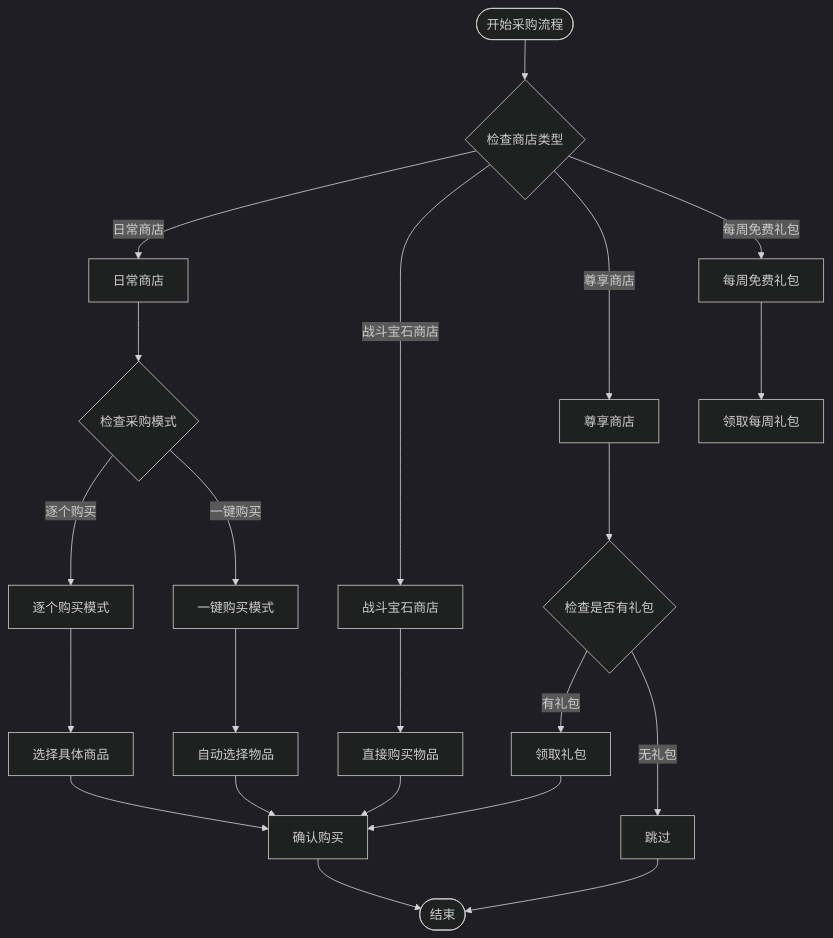
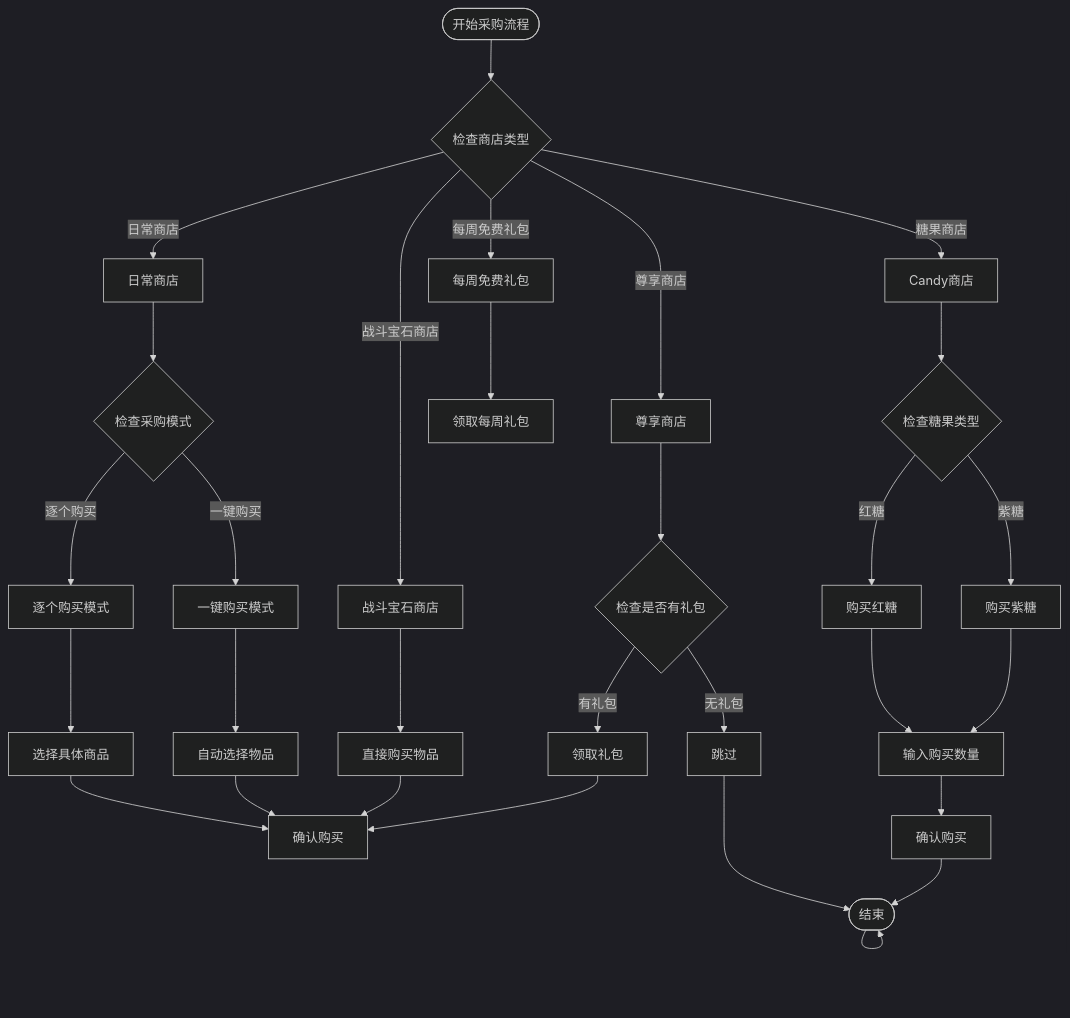
The sixth of 9 diagrams in .qoder/repowiki/zh/content/Daily Purchase Functionality.md (kqcoxn/MaaDuDuL), drawn with Mermaid (dark theme) before and after one commit. The commit also changed other lines of this file and 9 other files, not shown here.

````diff
--- a/.qoder/repowiki/zh/content/Daily Purchase Functionality.md
+++ b/.qoder/repowiki/zh/content/Daily Purchase Functionality.md
@@ -234,24 +294,32 @@
 ```mermaid
 flowchart TD
 Start([开始采购流程]) --> CheckStore{检查商店类型}
 CheckStore --> |日常商店| DailyStore[日常商店]
 CheckStore --> |战斗宝石商店| GemStore[战斗宝石商店]
 CheckStore --> |尊享商店| PremiumStore[尊享商店]
 CheckStore --> |每周免费礼包| WeeklyGift[每周免费礼包]
+CheckStore --> |糖果商店| CandyStore[Candy商店]
 DailyStore --> CheckMode{检查采购模式}
 CheckMode --> |逐个购买| IndividualBuy[逐个购买模式]
 CheckMode --> |一键购买| BulkBuy[一键购买模式]
 IndividualBuy --> SelectItem[选择具体商品]
 SelectItem --> ConfirmPurchase[确认购买]
 GemStore --> BuyItems[直接购买物品]
 PremiumStore --> CheckGift{检查是否有礼包}
 CheckGift --> |有礼包| ClaimGift[领取礼包]
 CheckGift --> |无礼包| SkipGift[跳过]
 WeeklyGift --> ClaimWeekly[领取每周礼包]
 BulkBuy --> AutoSelect[自动选择物品]
 AutoSelect --> ConfirmPurchase
 BuyItems --> ConfirmPurchase
 ClaimGift --> ConfirmPurchase
 SkipGift --> End([结束])
-ConfirmPurchase --> End
+CandyStore --> CheckCandyType{检查糖果类型}
+CheckCandyType --> |红糖| RedCandy[购买红糖]
+CheckCandyType --> |紫糖| PurpleCandy[购买紫糖]
+RedCandy --> InputCount[输入购买数量]
+InputCount --> ConfirmCandy[确认购买]
+PurpleCandy --> InputCount
+ConfirmCandy --> End
+End --> End([结束])
 ```
````
